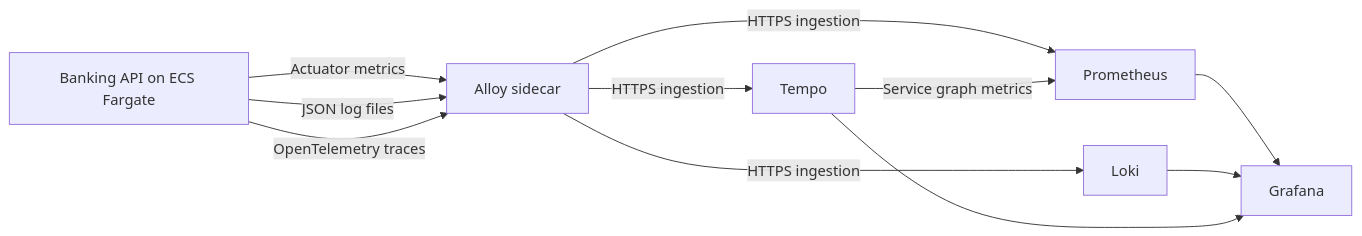
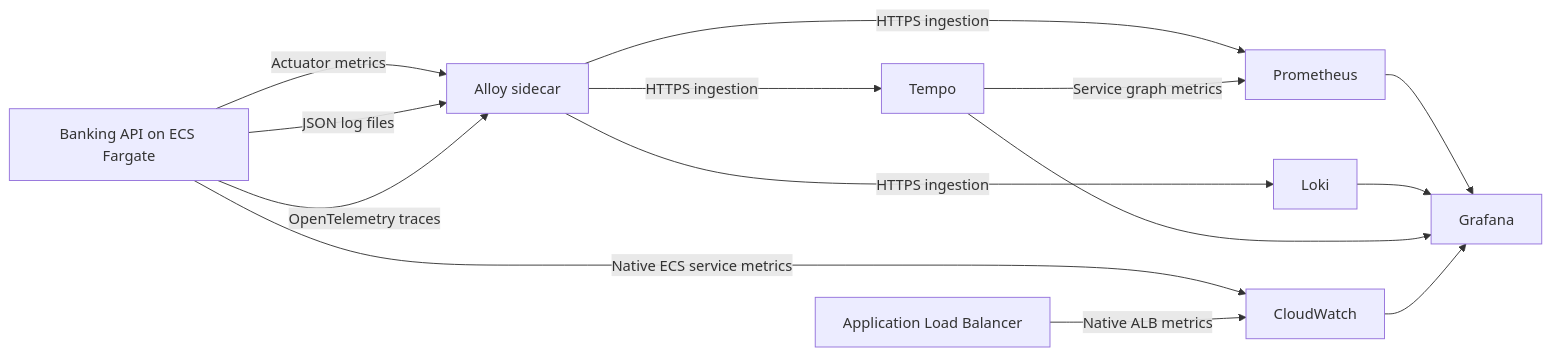
Before and after one commit to tzwei94/assignment: the diagram in docs/observability/README.md, drawn with Mermaid. The commit also changed other lines of this file and 7 other files, not shown here.

````diff
--- a/docs/observability/README.md
+++ b/docs/observability/README.md
@@ -33,13 +36,16 @@
 ```mermaid
 flowchart LR
     App[Banking API on ECS Fargate] -->|Actuator metrics| Alloy[Alloy sidecar]
     App -->|JSON log files| Alloy
     App -->|OpenTelemetry traces| Alloy
     Alloy -->|HTTPS ingestion| Prometheus[Prometheus]
     Alloy -->|HTTPS ingestion| Loki[Loki]
     Alloy -->|HTTPS ingestion| Tempo[Tempo]
     Tempo -->|Service graph metrics| Prometheus
     Prometheus --> Grafana
     Loki --> Grafana
     Tempo --> Grafana
+    App -->|Native ECS service metrics| CloudWatch[CloudWatch]
+    ALB[Application Load Balancer] -->|Native ALB metrics| CloudWatch
+    CloudWatch --> Grafana
 ```
````
